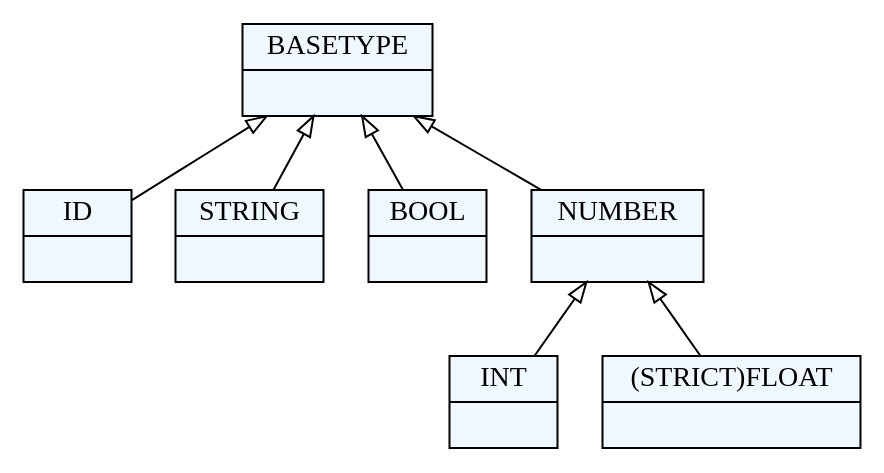
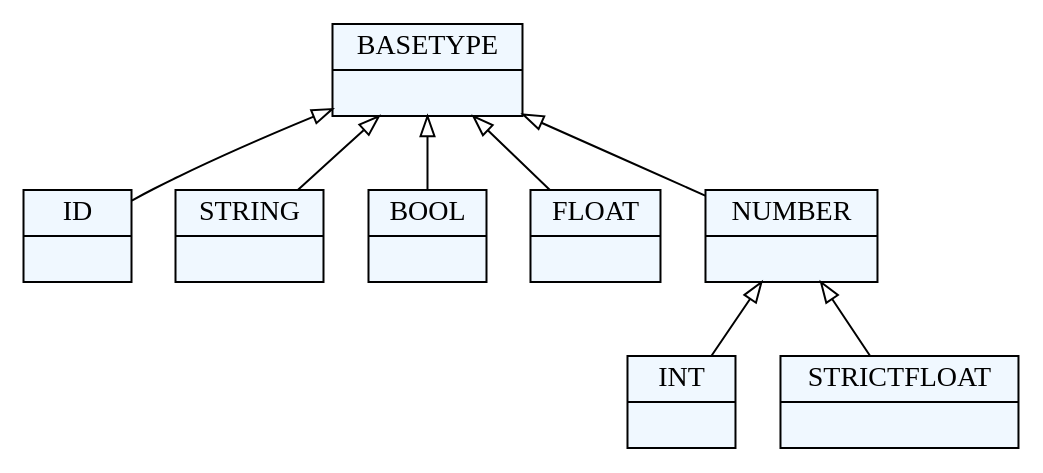
The diagram in docs/images/base_types.dot (textX/textX), drawn with Graphviz before and after one commit. The commit also changed 3 other files, not shown here.

```diff
--- a/docs/images/base_types.dot
+++ b/docs/images/base_types.dot
@@ -1,40 +1,40 @@
 
     digraph xtext {
     fontname = "Bitstream Vera Sans"
     fontsize = 8
     node[
         shape=record,
         style=filled,
         fillcolor=aliceblue
     ]
     nodesep = 0.3
     edge[dir=black,arrowtail=empty]
 
 33158696[ label="{ID|}"]
 
 33337688[ label="{STRING|}"]
 
 33342632[ label="{BOOL|}"]
 
 33347576[ label="{INT|}"]
 
-//33353112[ label="{FLOAT|}"]
+33353112[ label="{FLOAT|}"]
 
-33358648[ label="{(STRICT)FLOAT|}"]
+33358648[ label="{STRICTFLOAT|}"]
 
 33364184[ label="{NUMBER|}"]
 33364184 -> 33358648 [dir=back]
 33364184 -> 33347576 [dir=back]
 
 33369720[ label="{BASETYPE|}"]
 33369720 -> 33364184 [dir=back]
-//33369720 -> 33353112 [dir=back]
+33369720 -> 33353112 [dir=back]
 33369720 -> 33342632 [dir=back]
 33369720 -> 33158696 [dir=back]
 33369720 -> 33337688 [dir=back]
 
 //33375256[ label="{OBJECT|}"]
 //33375256 -> 33369720 [dir=back]
 
 
 }
```
